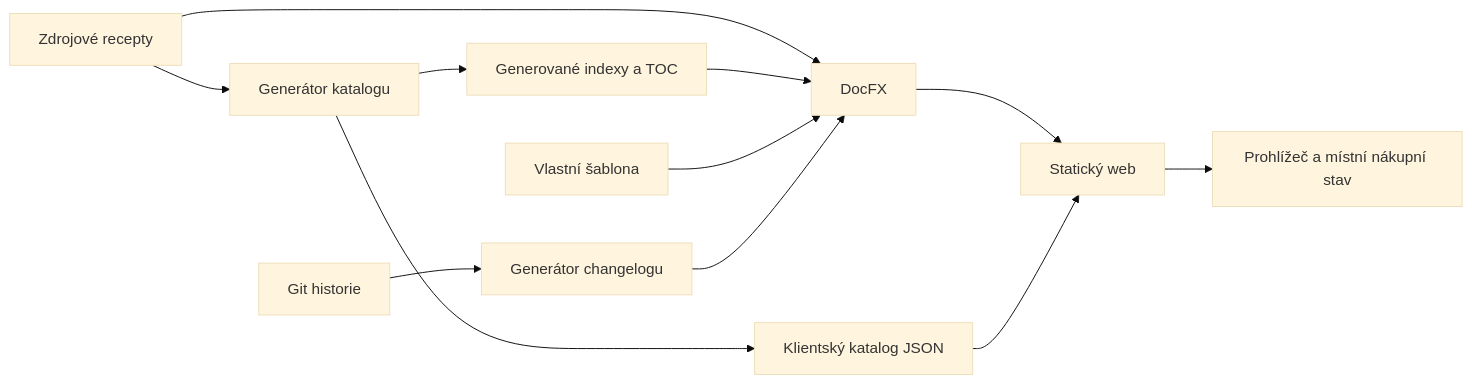
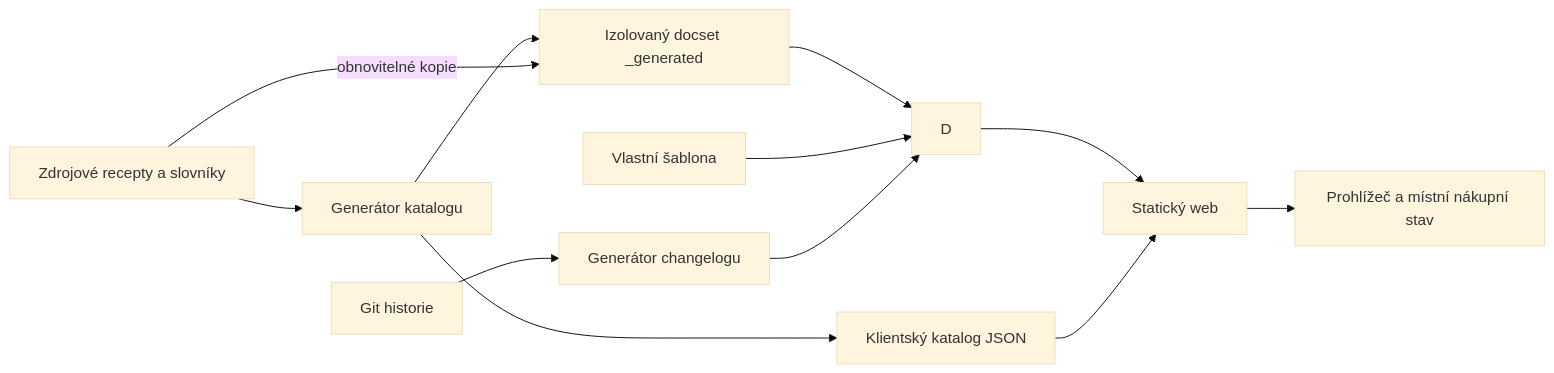
Before and after one commit to HopefulDavid/docs_lifetime: the second of 2 diagrams in docs/architecture/overview.md, drawn with Mermaid (base theme). The commit also changed other lines of this file and 55 other files, not shown here.

````diff
--- a/docs/architecture/overview.md
+++ b/docs/architecture/overview.md
@@ -75,14 +75,14 @@
 ```mermaid
 flowchart LR
-    S[Zdrojové recepty] --> G[Generátor katalogu]
-    G --> I[Generované indexy a TOC]
-    S --> D[DocFX]
+    S[Zdrojové recepty a slovníky] --> G[Generátor katalogu]
+    G --> I[Izolovaný docset _generated]
+    S -->|obnovitelné kopie| I
     I --> D
     T[Vlastní šablona] --> D
     D --> W[Statický web]
     G --> J[Klientský katalog JSON]
     J --> W
     W --> B[Prohlížeč a místní nákupní stav]
     H[Git historie] --> C[Generátor changelogu]
     C --> D
 ```
````
